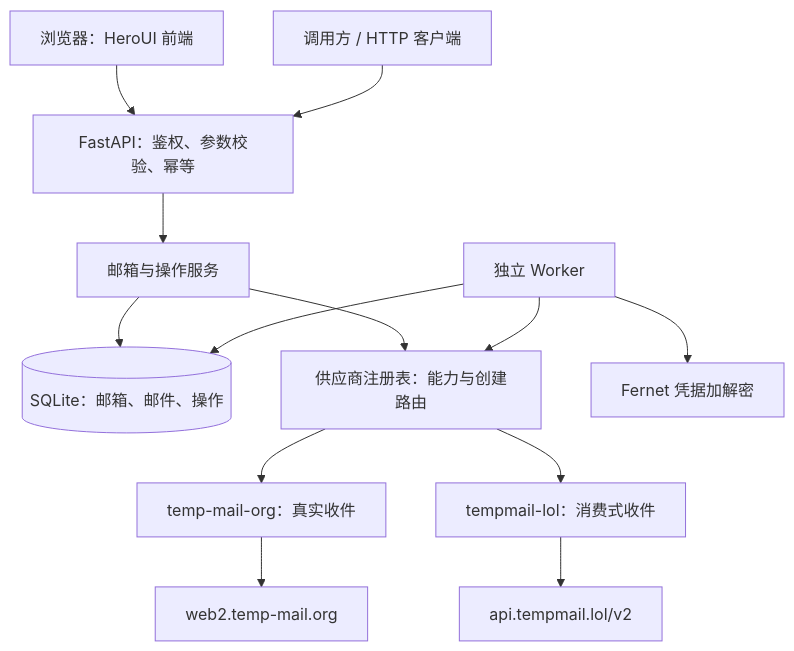
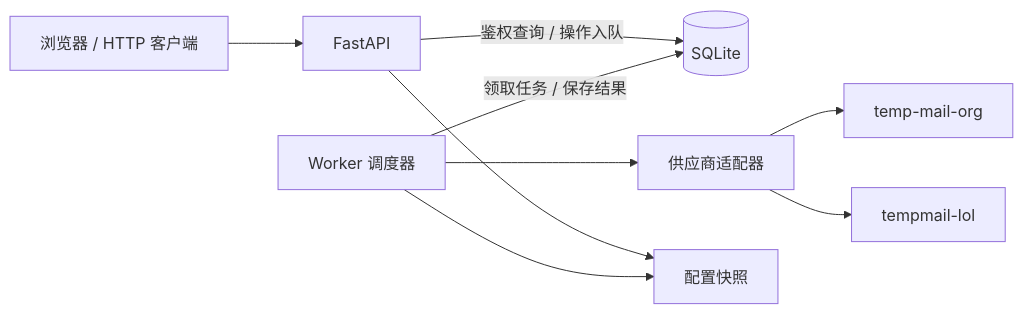
The first of 2 diagrams in docs/design.md (ThinkerWen/temp-mail), drawn with Mermaid before and after one commit. The commit also changed other lines of this file and 21 other files, not shown here.

````diff
--- a/docs/design.md
+++ b/docs/design.md
@@ -33,15 +17,11 @@
 ```mermaid
-flowchart TD
-    Browser[浏览器：HeroUI 前端] --> API[FastAPI：鉴权、参数校验、幂等]
-    Client[调用方 / HTTP 客户端] --> API
-    API --> Service[邮箱与操作服务]
-    Service --> DB[(SQLite：邮箱、邮件、操作)]
-    Service --> Registry[供应商注册表：能力与创建路由]
-    Worker[独立 Worker] --> DB
-    Worker --> Registry
-    Registry --> Real[temp-mail-org：真实收件]
-    Real --> Upstream[web2.temp-mail.org]
-    Registry --> Lol[tempmail-lol：消费式收件]
-    Lol --> LolAPI[api.tempmail.lol/v2]
-    Worker --> Crypto[Fernet 凭据加解密]
+flowchart LR
+    Client[浏览器 / HTTP 客户端] --> API[FastAPI]
+    API -->|鉴权查询 / 操作入队| DB[(SQLite)]
+    Worker[Worker 调度器] -->|领取任务 / 保存结果| DB
+    Worker --> Adapter[供应商适配器]
+    Adapter --> Org[temp-mail-org]
+    Adapter --> Lol[tempmail-lol]
+    API --> Config[配置快照]
+    Worker --> Config
 ```
````
